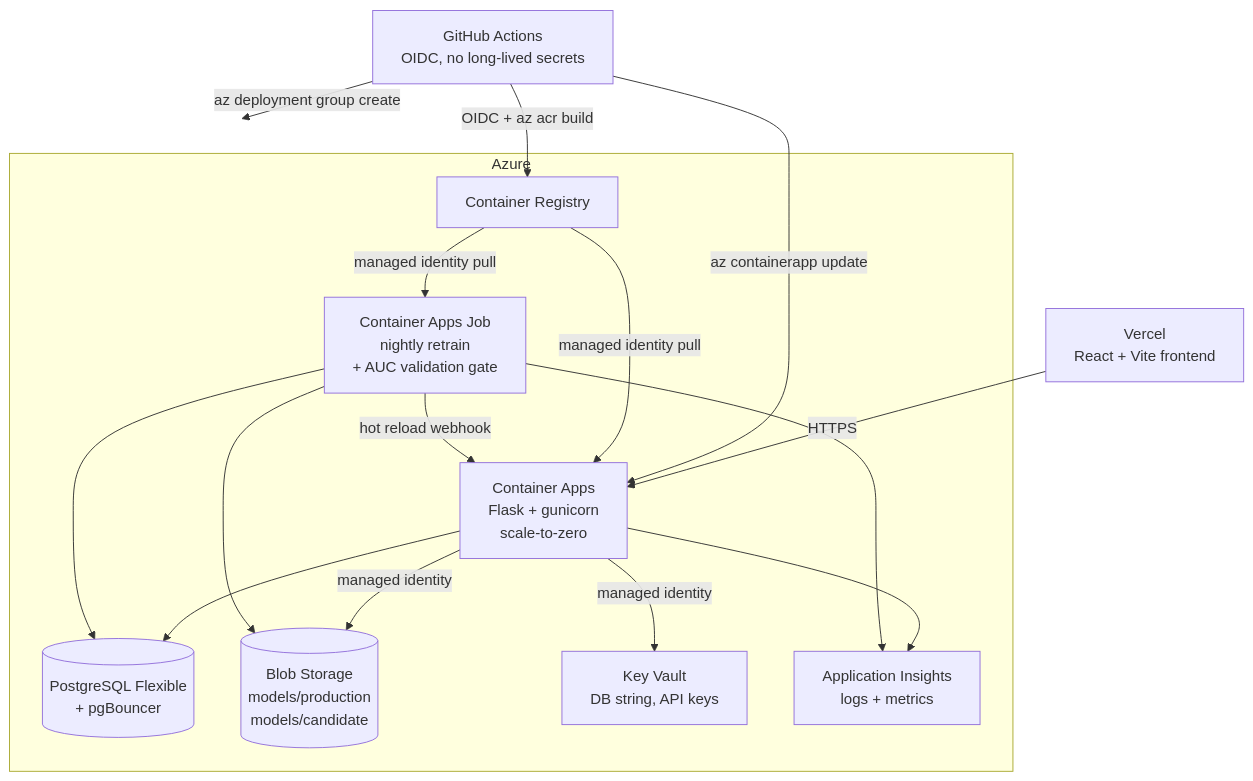
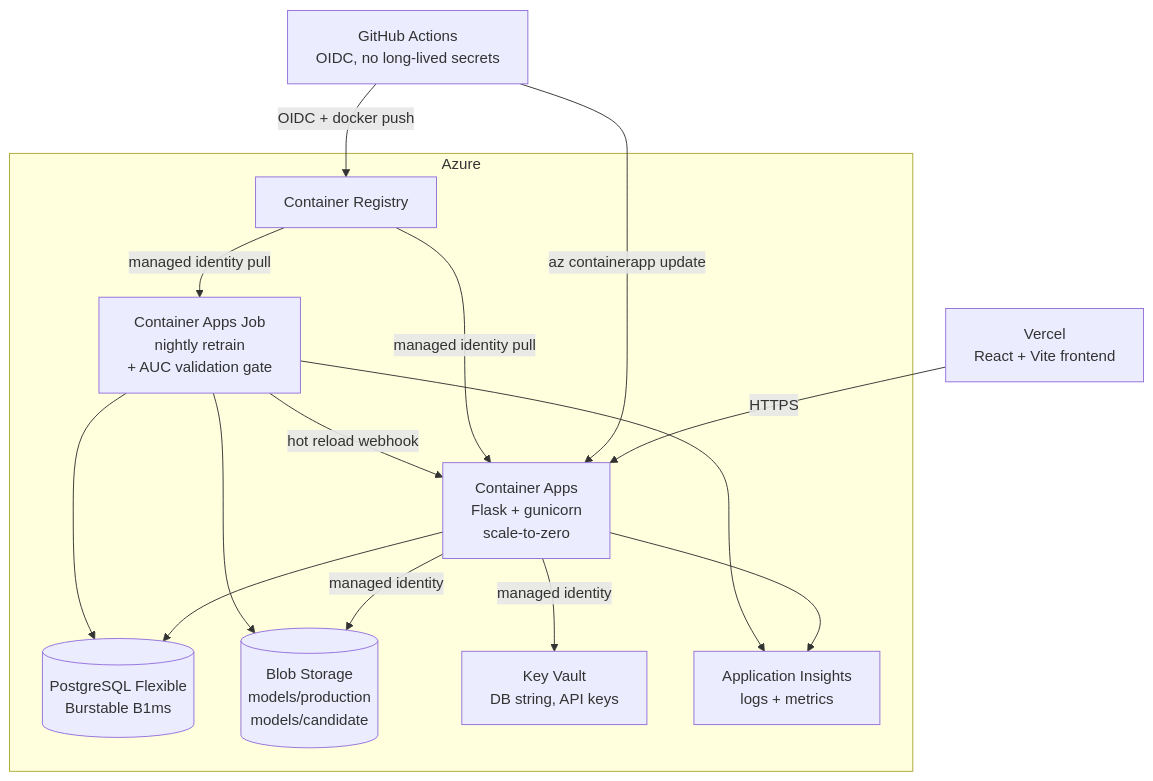
One commit to Gamsty/FootballMatchPredictor changed the diagram in README.md. Above: the diagram before and after it, drawn with Mermaid. The commit also changed other lines of this file, not shown here.

Commit message:
Fix README: align with current Azure config (no pgBouncer, no APScheduler)

````diff
--- a/README.md
+++ b/README.md
@@ -40,30 +40,29 @@
 ```mermaid
 graph TB
     Vercel[Vercel<br/>React + Vite frontend]
     GHA[GitHub Actions<br/>OIDC, no long-lived secrets]
 
     subgraph Azure
         CA[Container Apps<br/>Flask + gunicorn<br/>scale-to-zero]
         Job[Container Apps Job<br/>nightly retrain<br/>+ AUC validation gate]
-        PG[(PostgreSQL Flexible<br/>+ pgBouncer)]
+        PG[(PostgreSQL Flexible<br/>Burstable B1ms)]
         Blob[(Blob Storage<br/>models/production<br/>models/candidate)]
         KV[Key Vault<br/>DB string, API keys]
         AI[Application Insights<br/>logs + metrics]
         ACR[Container Registry]
     end
 
     Vercel -->|HTTPS| CA
-    GHA -->|OIDC + az acr build| ACR
+    GHA -->|OIDC + docker push| ACR
     GHA -->|az containerapp update| CA
-    GHA -->|az deployment group create| Azure
     ACR -->|managed identity pull| CA
     ACR -->|managed identity pull| Job
     CA -->|managed identity| Blob
     CA -->|managed identity| KV
     CA --> PG
     CA --> AI
     Job --> Blob
     Job --> PG
     Job --> AI
     Job -->|hot reload webhook| CA
 ```
````
